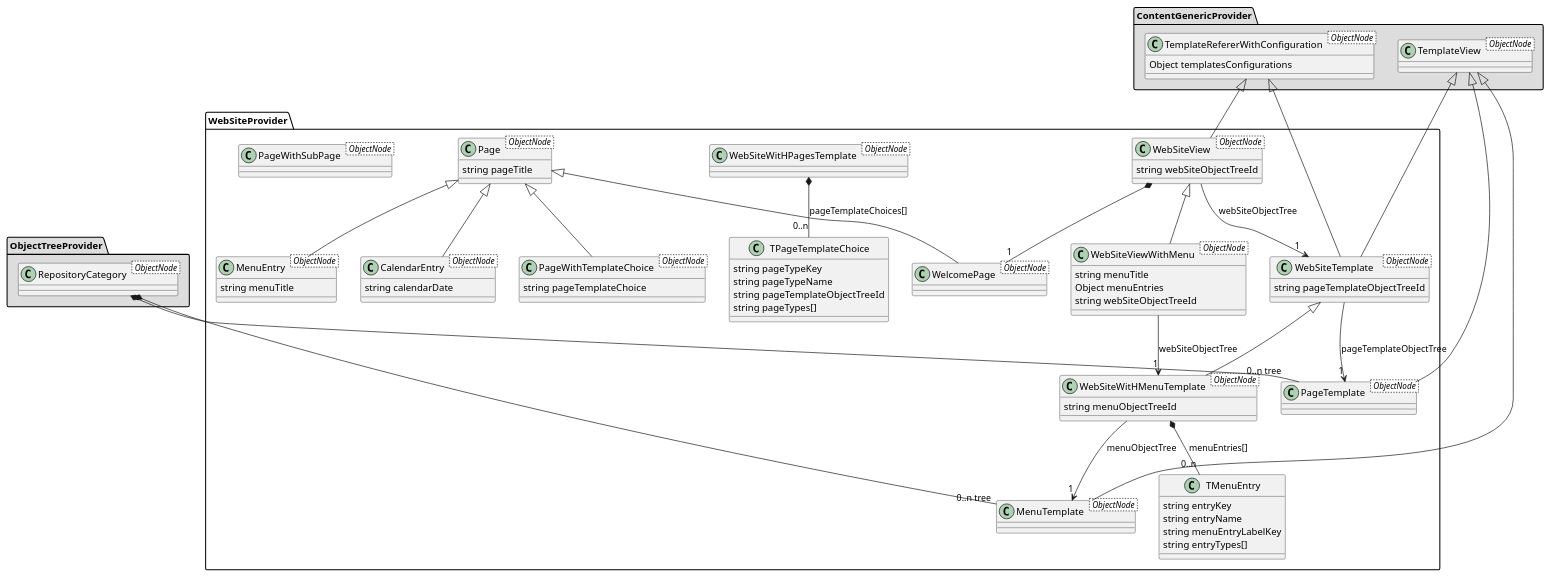
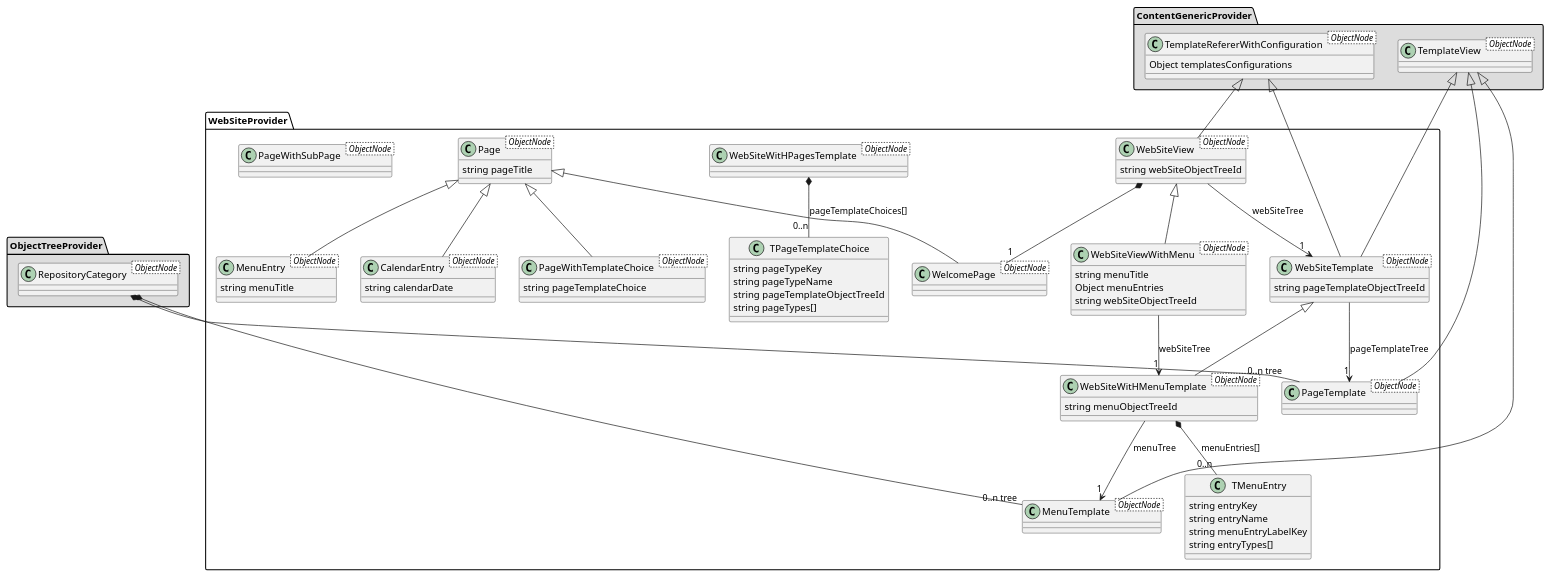
One commit to JacquesParis/objects-trees changed the diagram in src/extensions/web-site/we-site.wsd. Above: the diagram before and after it, drawn with PlantUML. The commit also changed 33 other files, not shown here.

```diff
--- a/src/extensions/web-site/we-site.wsd
+++ b/src/extensions/web-site/we-site.wsd
@@ -1,101 +1,101 @@
 @startuml
 package "ObjectTreeProvider" #DDDDDD {
   class RepositoryCategory < ObjectNode >
 }
 
 package "ContentGenericProvider" #DDDDDD {
   class TemplateRefererWithConfiguration < ObjectNode >{
     Object templatesConfigurations
   }
   class TemplateView < ObjectNode >
 }
 
 package WebSiteProvider{
   TemplateRefererWithConfiguration <|-- WebSiteView
   class WebSiteView < ObjectNode >{
     string webSiteObjectTreeId
   }
-  WebSiteView -->"1" WebSiteTemplate: webSiteObjectTree
+  WebSiteView -->"1" WebSiteTemplate: webSiteTree
 
   WebSiteView <|-- WebSiteViewWithMenu
   class WebSiteViewWithMenu < ObjectNode >{
     string menuTitle
     Object menuEntries
     string webSiteObjectTreeId
   }
-  WebSiteViewWithMenu -->"1" WebSiteWitHMenuTemplate: webSiteObjectTree
+  WebSiteViewWithMenu -->"1" WebSiteWitHMenuTemplate: webSiteTree
 
 
   TemplateView <|-- PageTemplate
   class PageTemplate  < ObjectNode >
 
   TemplateView <|-- WebSiteTemplate
   TemplateRefererWithConfiguration <|-- WebSiteTemplate
   class WebSiteTemplate < ObjectNode >{
     string pageTemplateObjectTreeId
   }
-  WebSiteTemplate -->"1" PageTemplate: pageTemplateObjectTree
+  WebSiteTemplate -->"1" PageTemplate: pageTemplateTree
 
   TemplateView <|-- MenuTemplate
   class MenuTemplate < ObjectNode >
 
   class WebSiteWitHPagesTemplate < ObjectNode >
 
   WebSiteWitHPagesTemplate  *--"0..n" TPageTemplateChoice: pageTemplateChoices[]
 
   class TPageTemplateChoice {
     string pageTypeKey
     string pageTypeName
     string pageTemplateObjectTreeId
     string pageTypes[]
   }
 
 
   WebSiteTemplate <|-- WebSiteWitHMenuTemplate
   class WebSiteWitHMenuTemplate< ObjectNode > {
     string menuObjectTreeId
   }
 
-  WebSiteWitHMenuTemplate-->"1" MenuTemplate: menuObjectTree
+  WebSiteWitHMenuTemplate-->"1" MenuTemplate: menuTree
 
   WebSiteWitHMenuTemplate*--"0..n" TMenuEntry: menuEntries[]
 
   class TMenuEntry {
     string entryKey
     string entryName
     string menuEntryLabelKey
     string entryTypes[]
   }
 
   class Page < ObjectNode > {
     string pageTitle
   }
 
   class PageWithSubPage < ObjectNode >
 
   Page <|-- WelcomePage
   class WelcomePage < ObjectNode >
 
   Page <|-- PageWithTemplateChoice
   class PageWithTemplateChoice < ObjectNode > {
     string pageTemplateChoice
   }
 
 
   Page <|-- MenuEntry
   class MenuEntry  < ObjectNode > {
     string menuTitle
   }
 
 
   Page <|-- CalendarEntry
   class CalendarEntry < ObjectNode > {
     string calendarDate
   }
 
   RepositoryCategory *--"0..n tree" MenuTemplate
   RepositoryCategory *--"0..n tree" PageTemplate
   WebSiteView *--"1" WelcomePage
 
 }
 @enduml
```
